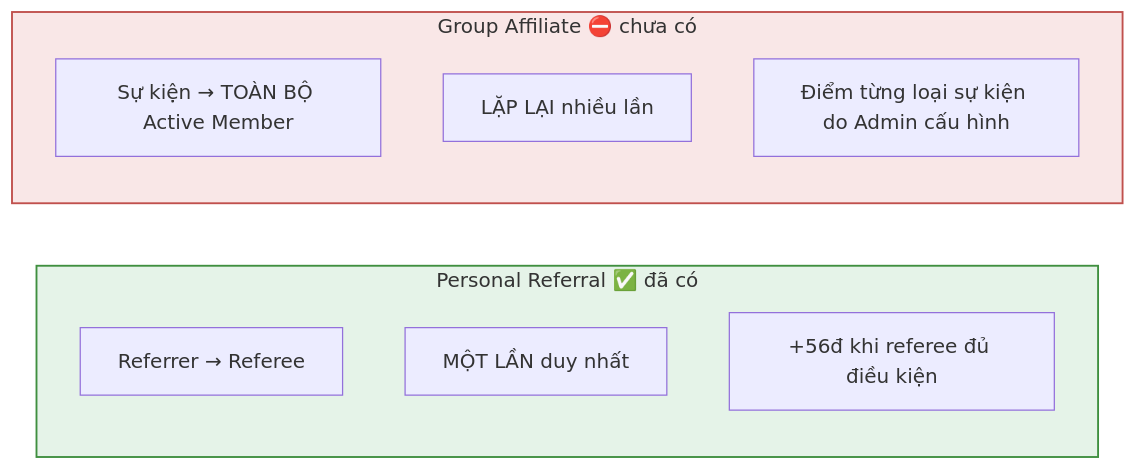
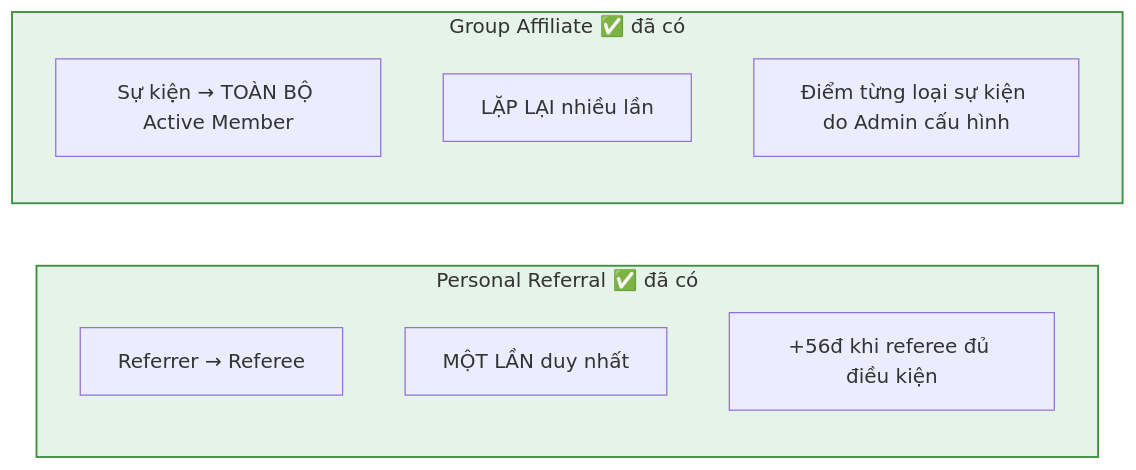
One commit to fdshn/trueheart changed the first of 5 diagrams in docs/diagram/19-affiliate.md. Above: the diagram before and after it, drawn with Mermaid. The commit also changed other lines of this file and 49 other files, not shown here.

````diff
--- a/docs/diagram/19-affiliate.md
+++ b/docs/diagram/19-affiliate.md
@@ -9,16 +12,16 @@
 ```mermaid
 flowchart LR
     subgraph P["Personal Referral ✅ đã có"]
         P1["Referrer → Referee"]
         P2["MỘT LẦN duy nhất"]
         P3["+56đ khi referee đủ điều kiện"]
     end
-    subgraph A["Group Affiliate ⛔ chưa có"]
+    subgraph A["Group Affiliate ✅ đã có"]
         A1["Sự kiện → TOÀN BỘ Active Member"]
         A2["LẶP LẠI nhiều lần"]
         A3["Điểm từng loại sự kiện do Admin cấu hình"]
     end
 
     style P fill:#3ca05021,stroke:#3f8f3f,stroke-width:1.5px
-    style A fill:#d2464621,stroke:#c0504d,stroke-width:1.5px
+    style A fill:#3ca05021,stroke:#3f8f3f,stroke-width:1.5px
 ```
````
